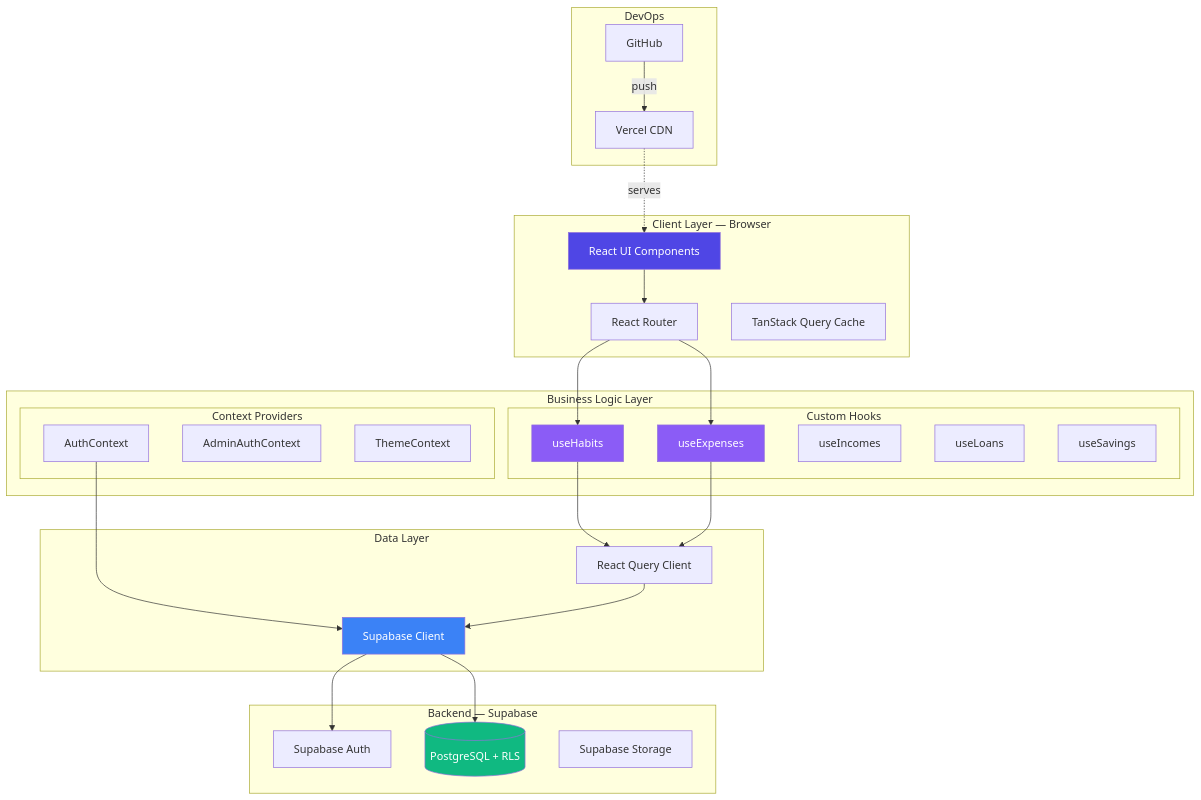
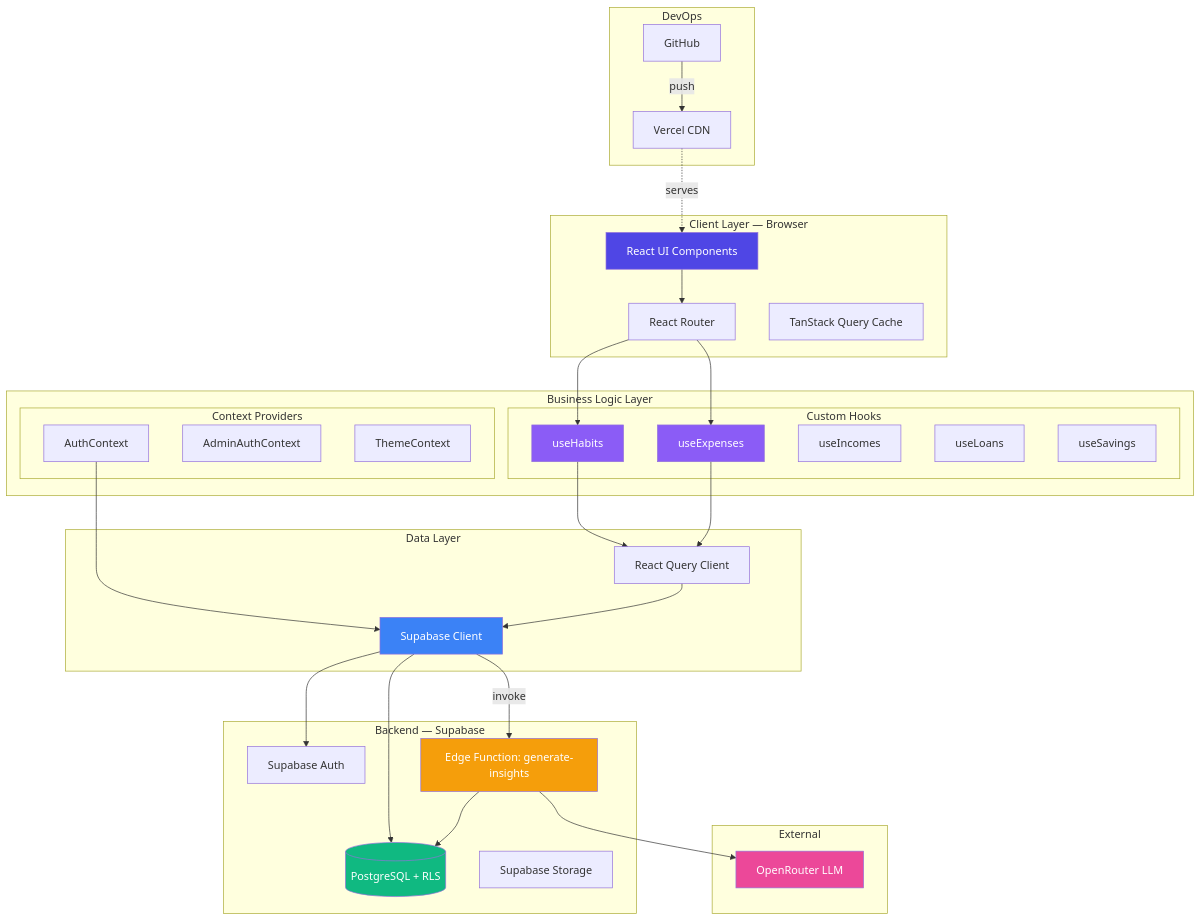
One commit to MirazZim/noSkip changed the first of 7 diagrams in README.md. Above: the diagram before and after it, drawn with Mermaid. The commit also changed other lines of this file, not shown here.

````diff
--- a/README.md
+++ b/README.md
@@ -93,57 +111,67 @@
 ```mermaid
 graph TB
     subgraph "Client Layer — Browser"
         UI[React UI Components]
         Router[React Router]
         State[TanStack Query Cache]
     end
 
     subgraph "Business Logic Layer"
         subgraph "Custom Hooks"
             useHabits[useHabits]
             useExpenses[useExpenses]
             useIncomes[useIncomes]
             useLoans[useLoans]
             useSavings[useSavings]
         end
         subgraph "Context Providers"
             AuthContext[AuthContext]
             AdminAuthContext[AdminAuthContext]
             ThemeContext[ThemeContext]
         end
     end
 
     subgraph "Data Layer"
         SupabaseClient[Supabase Client]
         QueryClient[React Query Client]
     end
 
     subgraph "Backend — Supabase"
         Auth[Supabase Auth]
         Database[(PostgreSQL + RLS)]
         Storage[Supabase Storage]
+        EdgeFn[Edge Function: generate-insights]
+    end
+
+    subgraph "External"
+        OpenRouter[OpenRouter LLM]
     end
 
     subgraph "DevOps"
         GitHub[GitHub]
         Vercel[Vercel CDN]
     end
 
     UI --> Router
     Router --> useHabits
     Router --> useExpenses
     useHabits --> QueryClient
     useExpenses --> QueryClient
     AuthContext --> SupabaseClient
     QueryClient --> SupabaseClient
     SupabaseClient --> Auth
     SupabaseClient --> Database
+    SupabaseClient -->|invoke| EdgeFn
+    EdgeFn --> Database
+    EdgeFn --> OpenRouter
     GitHub -->|push| Vercel
     Vercel -.->|serves| UI
 
     style UI fill:#4f46e5,color:#fff
     style Database fill:#10b981,color:#fff
     style SupabaseClient fill:#3b82f6,color:#fff
+    style EdgeFn fill:#f59e0b,color:#fff
+    style OpenRouter fill:#ec4899,color:#fff
     style useHabits fill:#8b5cf6,color:#fff
     style useExpenses fill:#8b5cf6,color:#fff
 ```
````
